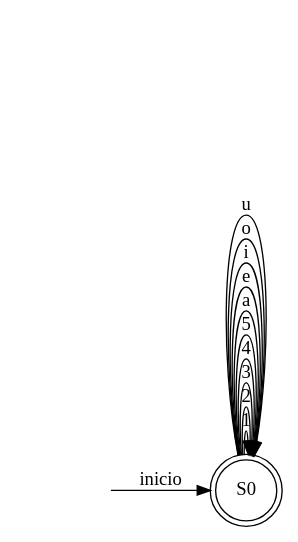
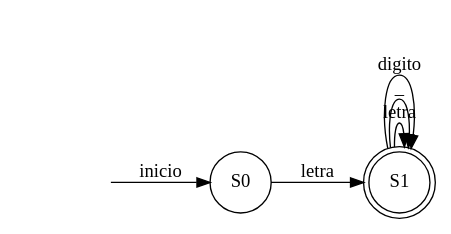
One commit to EstuardoSon/OCL1_202003894_P1 changed the diagram in Reportes_202003894/AFD_202003894/ExpReg1.dot. Above: the diagram before and after it, drawn with Graphviz. The commit also changed 104 other files, not shown here.

```diff
--- a/Reportes_202003894/AFD_202003894/ExpReg1.dot
+++ b/Reportes_202003894/AFD_202003894/ExpReg1.dot
@@ -1,15 +1,10 @@
 digraph G{
 rankdir = LR;
 inicio[style="invis"];inicio->S0 [label="inicio"];
-S0[label="S0"shape=doublecircle];
-S0 -> S0[label="1"]
-S0 -> S0[label="2"]
-S0 -> S0[label="3"]
-S0 -> S0[label="4"]
-S0 -> S0[label="5"]
-S0 -> S0[label="a"]
-S0 -> S0[label="e"]
-S0 -> S0[label="i"]
-S0 -> S0[label="o"]
-S0 -> S0[label="u"]
+S0[label="S0"shape=circle];
+S0 -> S1[label="letra"]
+S1[label="S1"shape=doublecircle];
+S1 -> S1[label="letra"]
+S1 -> S1[label="_"]
+S1 -> S1[label="digito"]
 }
```
